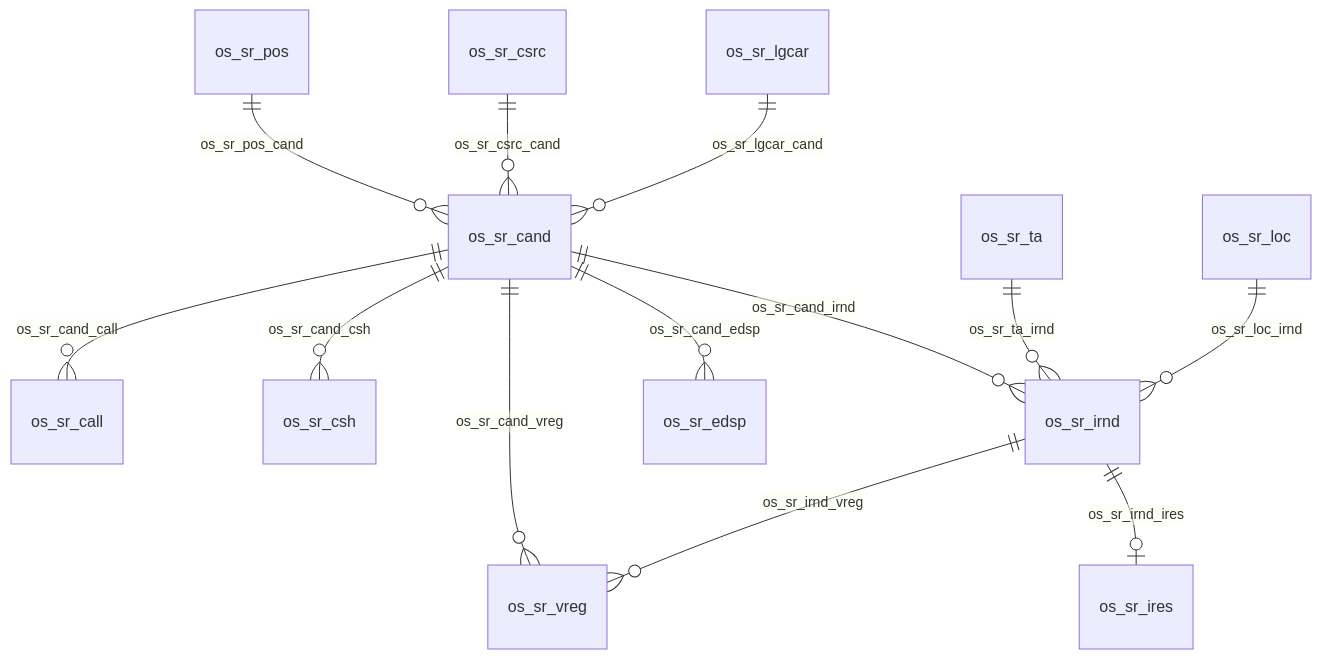
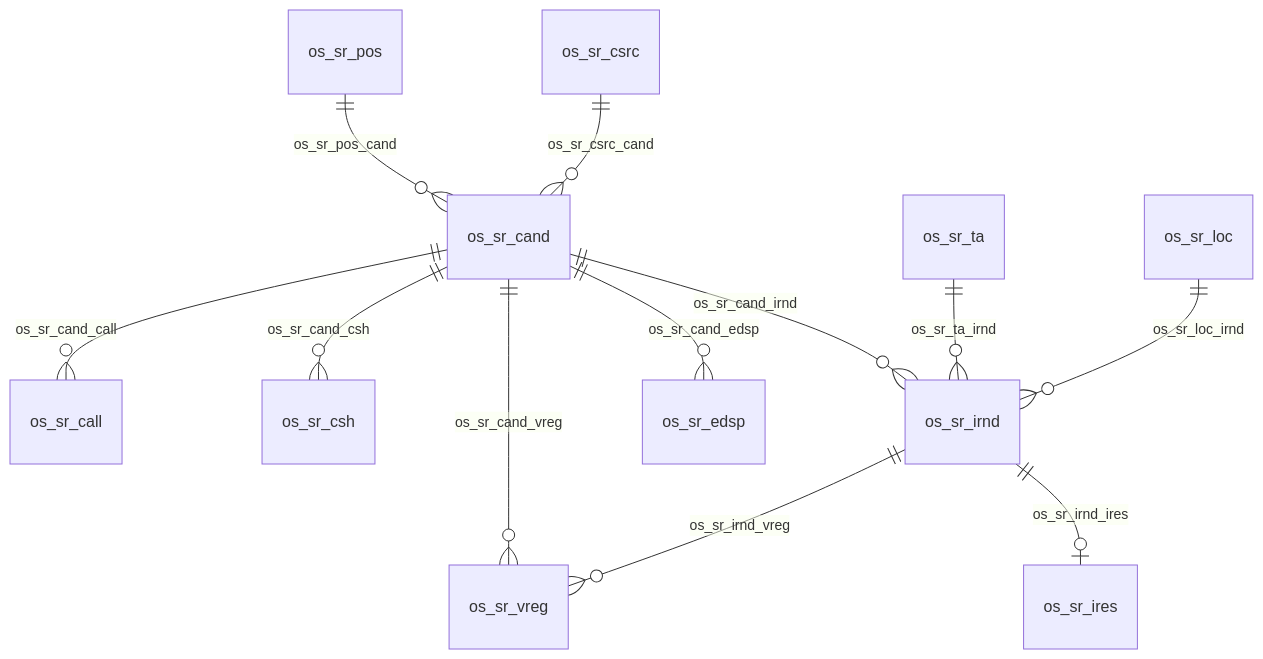
The diagram in docs/DATA_MODEL.md (WillDung/BSO-RS-Support), drawn with Mermaid before and after one commit. The commit also changed other lines of this file and 15 other files, not shown here.

````diff
--- a/docs/DATA_MODEL.md
+++ b/docs/DATA_MODEL.md
@@ -110,15 +112,14 @@
 ```mermaid
 erDiagram
     os_sr_cand ||--o{ os_sr_call : os_sr_cand_call
     os_sr_cand ||--o{ os_sr_csh : os_sr_cand_csh
     os_sr_cand ||--o{ os_sr_irnd : os_sr_cand_irnd
     os_sr_irnd ||--o| os_sr_ires : os_sr_irnd_ires
     os_sr_cand ||--o{ os_sr_edsp : os_sr_cand_edsp
     os_sr_cand ||--o{ os_sr_vreg : os_sr_cand_vreg
     os_sr_irnd ||--o{ os_sr_vreg : os_sr_irnd_vreg
     os_sr_ta ||--o{ os_sr_irnd : os_sr_ta_irnd
     os_sr_loc ||--o{ os_sr_irnd : os_sr_loc_irnd
     os_sr_pos ||--o{ os_sr_cand : os_sr_pos_cand
     os_sr_csrc ||--o{ os_sr_cand : os_sr_csrc_cand
-    os_sr_lgcar ||--o{ os_sr_cand : os_sr_lgcar_cand
 ```
````
